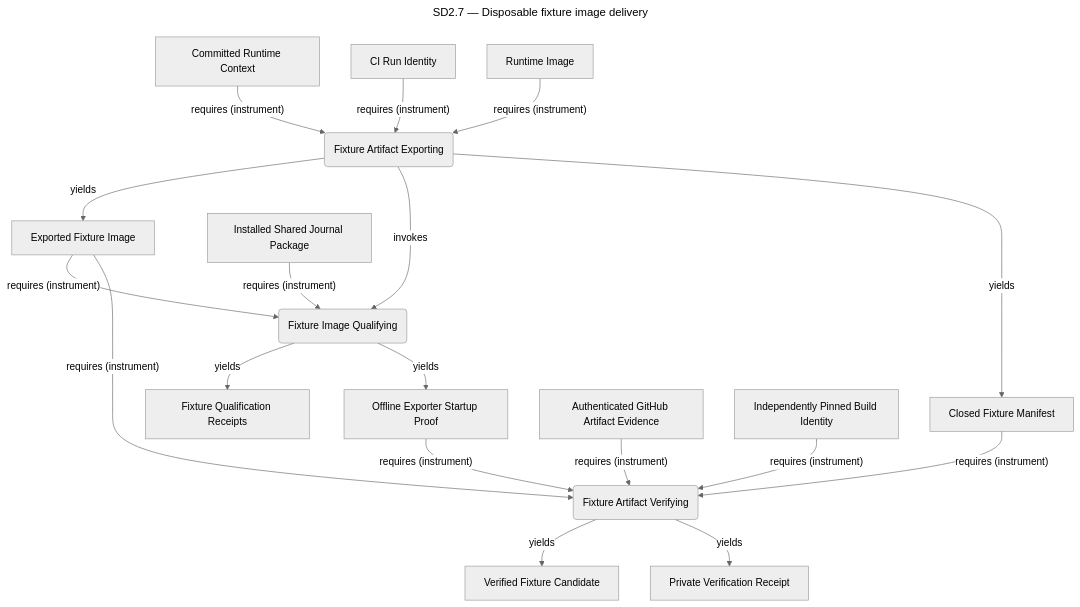
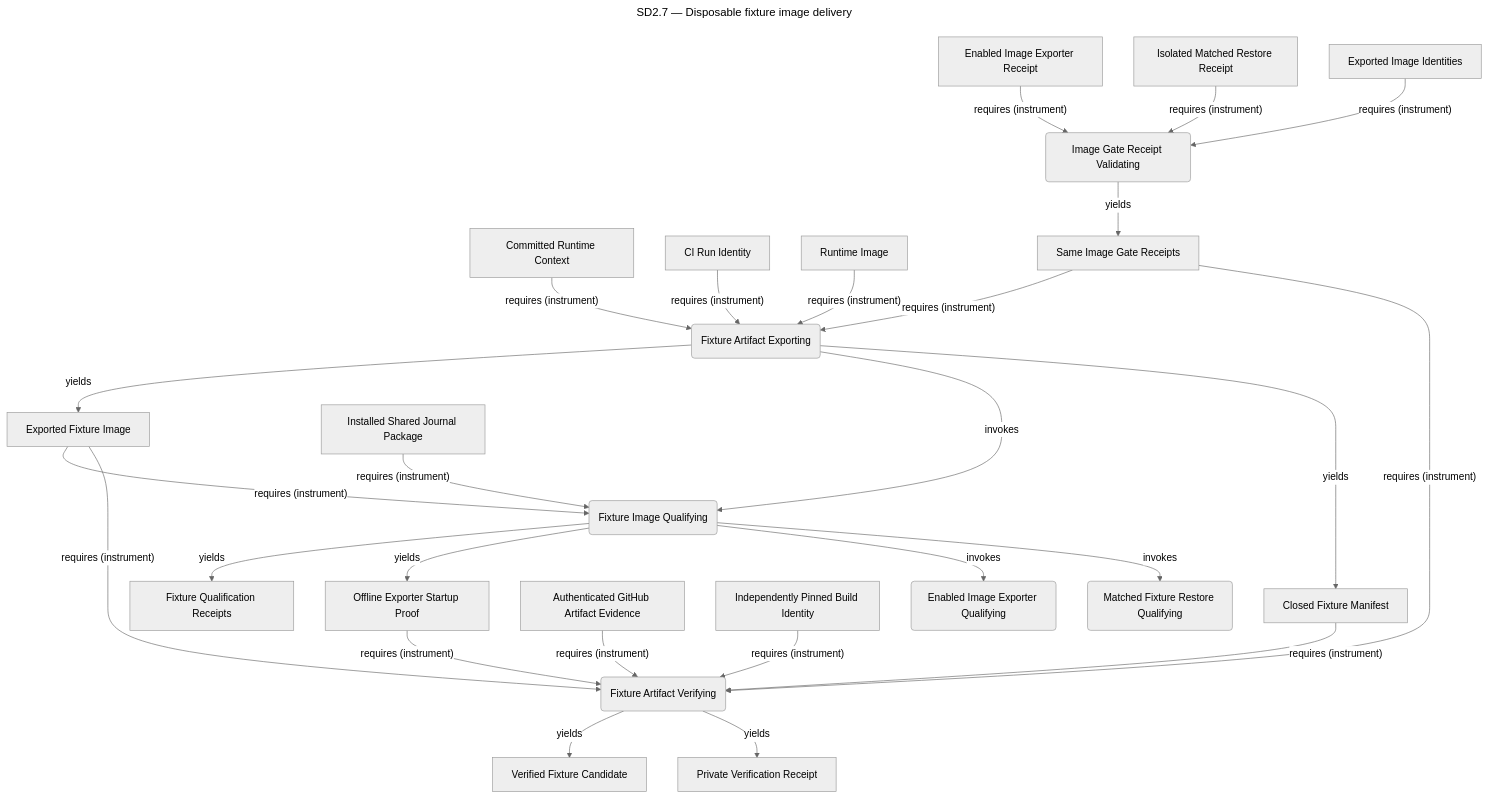
Before and after one commit to ojfbot/daily-logger: diagram 15 of 24 in opm/system.md, drawn with Mermaid (neutral theme). The commit also changed other lines of this file and 9 other files, not shown here.

````diff
--- a/opm/system.md
+++ b/opm/system.md
@@ -1796,40 +1796,55 @@
 ```mermaid
 ---
 title: "SD2.7 — Disposable fixture image delivery"
 ---
 flowchart TD
   accTitle: SD2.7 — Disposable fixture image delivery
   accDescr: Lossy system model projection. Complete source facts follow this diagram.
   n345("Fixture Artifact Exporting")
   n346["Committed Runtime Context"]
   n347["CI Run Identity"]
   n348["Runtime Image"]
   n349["Exported Fixture Image"]
   n350("Fixture Image Qualifying")
   n351["Installed Shared Journal Package"]
   n352["Fixture Qualification Receipts"]
   n353["Offline Exporter Startup Proof"]
   n354["Closed Fixture Manifest"]
   n355("Fixture Artifact Verifying")
   n356["Authenticated GitHub Artifact Evidence"]
   n357["Independently Pinned Build Identity"]
   n358["Verified Fixture Candidate"]
   n359["Private Verification Receipt"]
+  n402("Enabled Image Exporter Qualifying")
+  n360("Matched Fixture Restore Qualifying")
+  n474["Same Image Gate Receipts"]
+  n475("Image Gate Receipt Validating")
+  n403["Enabled Image Exporter Receipt"]
+  n374["Isolated Matched Restore Receipt"]
+  n476["Exported Image Identities"]
   n346 -->|"requires (instrument)"| n345
   n347 -->|"requires (instrument)"| n345
   n348 -->|"requires (instrument)"| n345
   n345 -->|"yields"| n349
   n345 -->|"invokes"| n350
   n349 -->|"requires (instrument)"| n350
   n351 -->|"requires (instrument)"| n350
   n350 -->|"yields"| n352
   n350 -->|"yields"| n353
+  n350 -->|"invokes"| n402
+  n350 -->|"invokes"| n360
+  n474 -->|"requires (instrument)"| n345
+  n403 -->|"requires (instrument)"| n475
+  n374 -->|"requires (instrument)"| n475
+  n476 -->|"requires (instrument)"| n475
+  n475 -->|"yields"| n474
   n345 -->|"yields"| n354
   n356 -->|"requires (instrument)"| n355
   n357 -->|"requires (instrument)"| n355
   n349 -->|"requires (instrument)"| n355
   n354 -->|"requires (instrument)"| n355
   n353 -->|"requires (instrument)"| n355
+  n474 -->|"requires (instrument)"| n355
   n355 -->|"yields"| n358
   n355 -->|"yields"| n359
 ```
````
